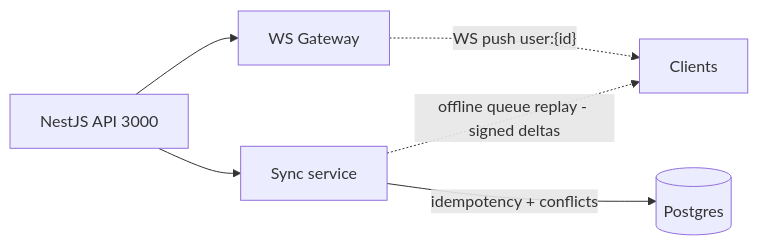
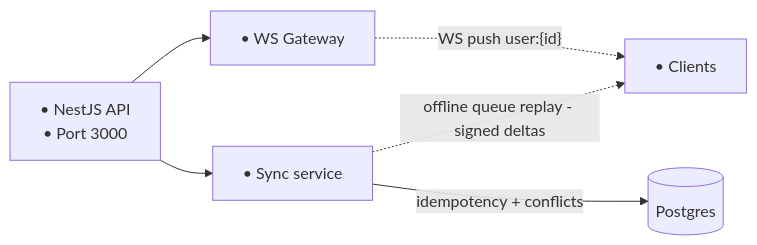
One commit to urlsalimbot/THESIS1-KAPWA changed the third of 3 diagrams in docs/diagrams/08-system-architecture.md. Above: the diagram before and after it, drawn with Mermaid. The commit also changed other lines of this file, not shown here.

Commit message:
docs: bullet the contents of architecture diagram boxes

````diff
--- a/docs/diagrams/08-system-architecture.md
+++ b/docs/diagrams/08-system-architecture.md
@@ -92,14 +92,14 @@
 ```mermaid
 flowchart LR
-    API["NestJS API 3000"]
-    GW["WS Gateway"]
-    SyncS["Sync service"]
-    WEB["Clients"]
+    API["• NestJS API<br/>• Port 3000"]
+    GW["• WS Gateway"]
+    SyncS["• Sync service"]
+    WEB["• Clients"]
     PG[("Postgres")]
 
     API --> GW
     API --> SyncS
     GW -.->|"WS push user:{id}"| WEB
     SyncS -.->|"offline queue replay - signed deltas"| WEB
     SyncS -->|"idempotency + conflicts"| PG
 ```
````
